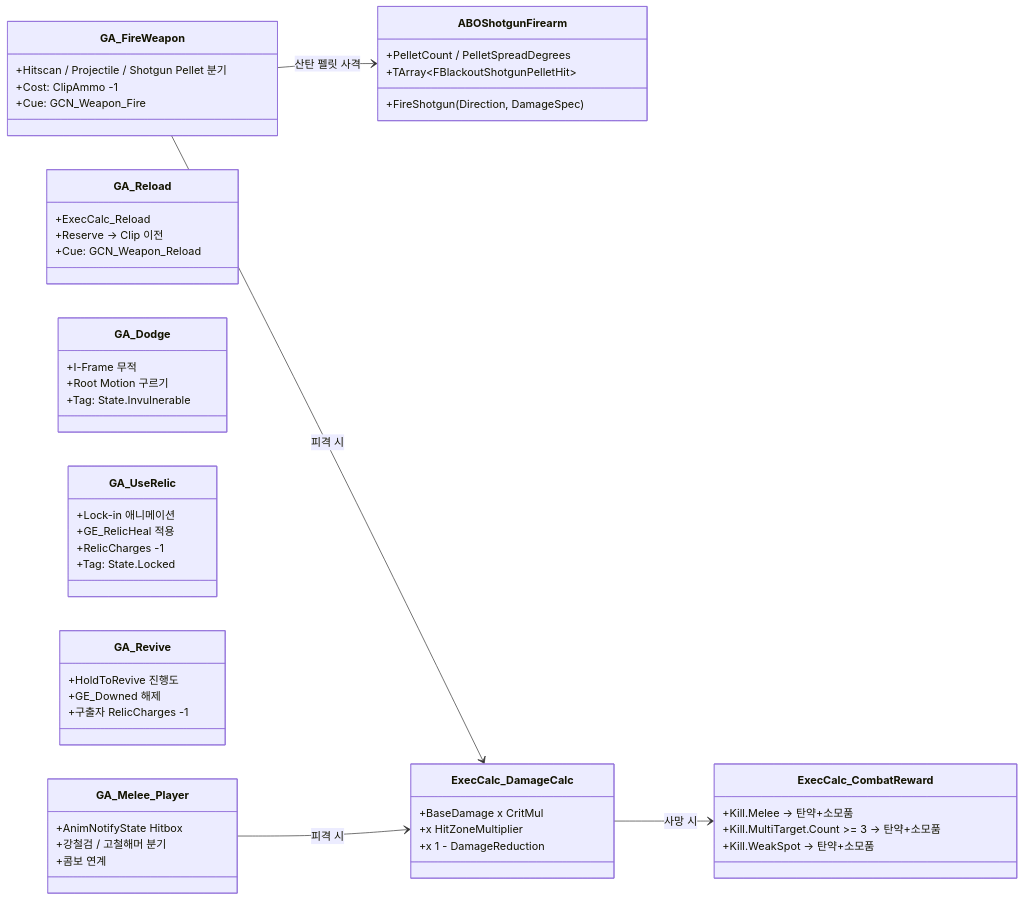
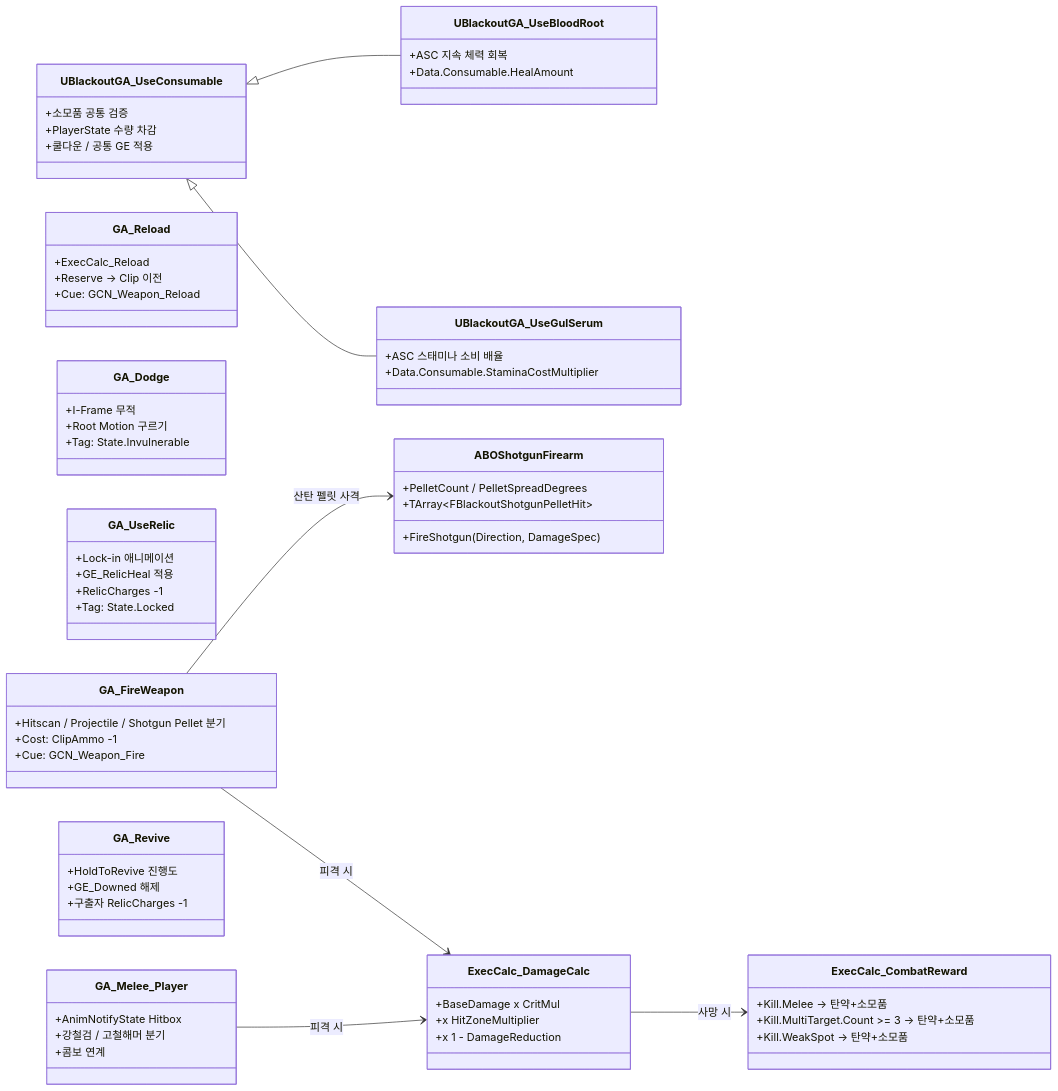
Before and after one commit to seongwon1579/ProjectBlackout: the sixth of 12 diagrams in Docs/Project_Blackout_클래스다이어그램.md, drawn with Mermaid. The commit also changed 14 other files, not shown here.

````diff
--- a/Docs/Project_Blackout_클래스다이어그램.md
+++ b/Docs/Project_Blackout_클래스다이어그램.md
@@ -244,64 +244,82 @@
 ```mermaid
 classDiagram
     direction LR
 
     class GA_FireWeapon {
         +Hitscan / Projectile / Shotgun Pellet 분기
         +Cost: ClipAmmo -1
         +Cue: GCN_Weapon_Fire
     }
 
     class GA_Reload {
         +ExecCalc_Reload
         +Reserve → Clip 이전
         +Cue: GCN_Weapon_Reload
     }
 
     class GA_Dodge {
         +I-Frame 무적
         +Root Motion 구르기
         +Tag: State.Invulnerable
     }
 
     class GA_UseRelic {
         +Lock-in 애니메이션
         +GE_RelicHeal 적용
         +RelicCharges -1
         +Tag: State.Locked
+    }
+
+    class UBlackoutGA_UseConsumable {
+        +소모품 공통 검증
+        +PlayerState 수량 차감
+        +쿨다운 / 공통 GE 적용
+    }
+
+    class UBlackoutGA_UseBloodRoot {
+        +ASC 지속 체력 회복
+        +Data.Consumable.HealAmount
+    }
+
+    class UBlackoutGA_UseGulSerum {
+        +ASC 스태미나 소비 배율
+        +Data.Consumable.StaminaCostMultiplier
     }
 
     class GA_Revive {
         +HoldToRevive 진행도
         +GE_Downed 해제
         +구출자 RelicCharges -1
     }
 
     class GA_Melee_Player {
         +AnimNotifyState Hitbox
         +강철검 / 고철해머 분기
         +콤보 연계
     }
 
     class ExecCalc_DamageCalc {
         +BaseDamage x CritMul
         +x HitZoneMultiplier
         +x 1 - DamageReduction
     }
 
     class ExecCalc_CombatReward {
         +Kill.Melee → 탄약+소모품
         +Kill.MultiTarget.Count >= 3 → 탄약+소모품
         +Kill.WeakSpot → 탄약+소모품
     }
 
     class ABOShotgunFirearm {
         +FireShotgun(Direction, DamageSpec)
         +PelletCount / PelletSpreadDegrees
         +TArray~FBlackoutShotgunPelletHit~
     }
 
     GA_FireWeapon --> ABOShotgunFirearm : 산탄 펠릿 사격
     GA_FireWeapon --> ExecCalc_DamageCalc : 피격 시
     GA_Melee_Player --> ExecCalc_DamageCalc : 피격 시
+    UBlackoutGA_UseConsumable <|-- UBlackoutGA_UseBloodRoot
+    UBlackoutGA_UseConsumable <|-- UBlackoutGA_UseGulSerum
     ExecCalc_DamageCalc --> ExecCalc_CombatReward : 사망 시
 ```
````
